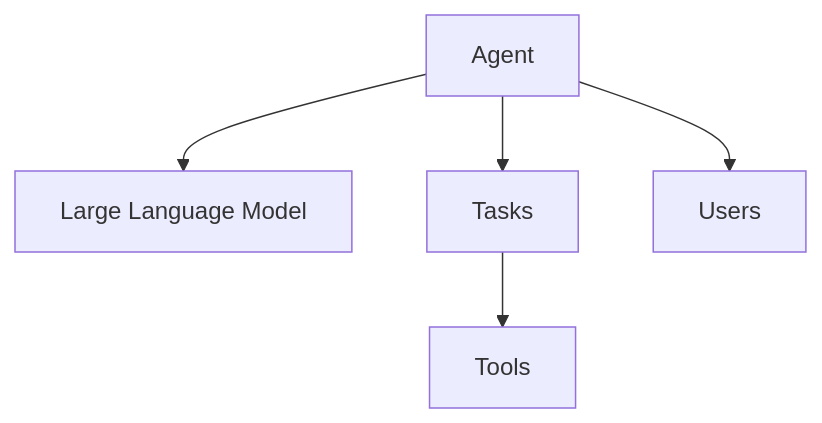
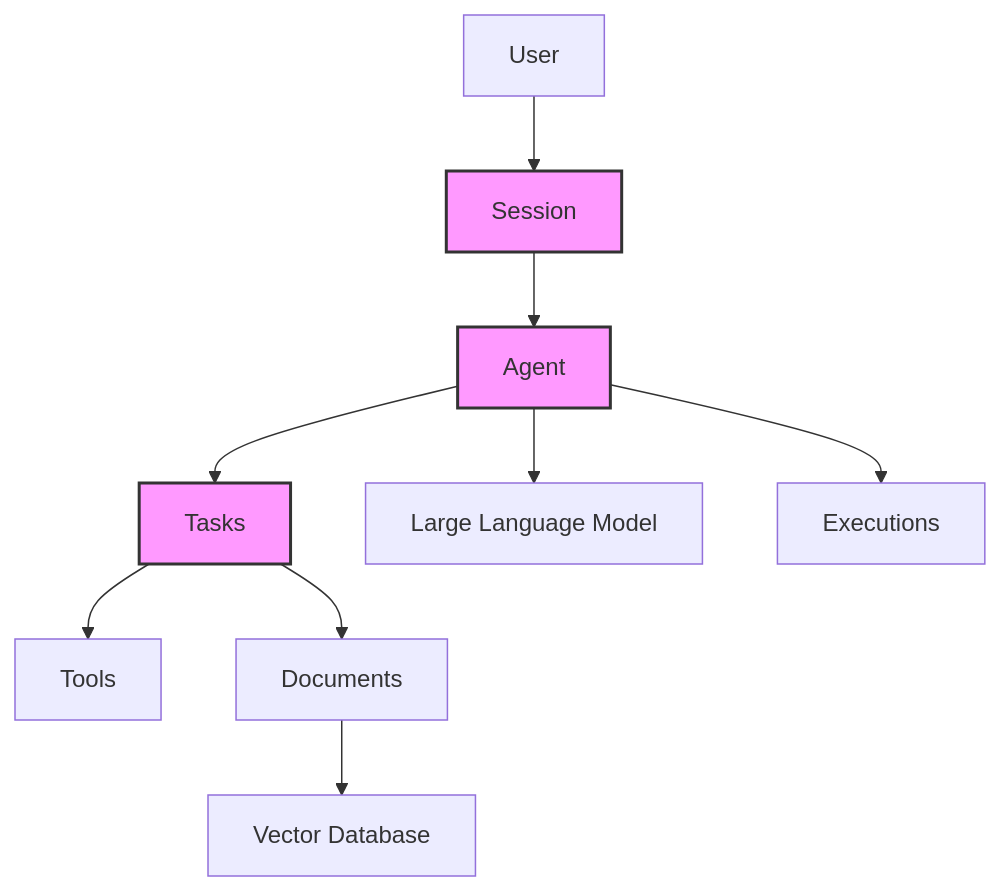
Before and after one commit to julep-ai/julep: the diagram in README.md, drawn with Mermaid. The commit also changed other lines of this file and 2 other files, not shown here.

````diff
--- a/README.md
+++ b/README.md
@@ -444,7 +601,14 @@
 ```mermaid
 graph TD
-    Agent[Agent] --> LLM[Large Language Model]
+    User[User] --> Session[Session]
+    Session --> Agent[Agent]
     Agent --> Tasks[Tasks]
-    Agent --> Users[Users]
+    Agent --> LLM[Large Language Model]
     Tasks --> Tools[Tools]
+    Tasks --> Documents[Documents]
+    Documents --> VectorDB[Vector Database]
+    Agent --> Executions[Executions]
+    
+    classDef core fill:#f9f,stroke:#333,stroke-width:2px;
+    class Agent,Tasks,Session core;
 ```
````
